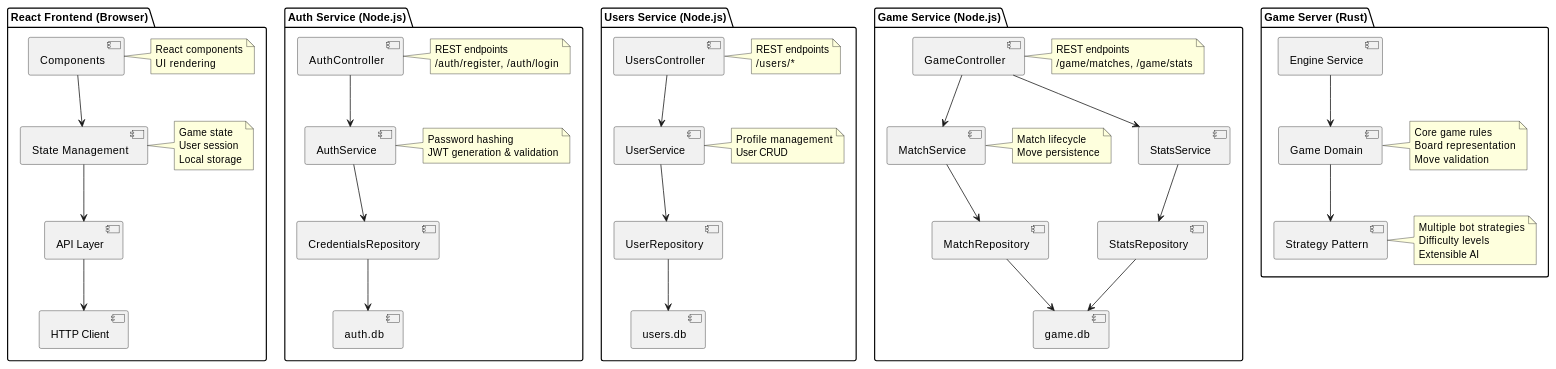
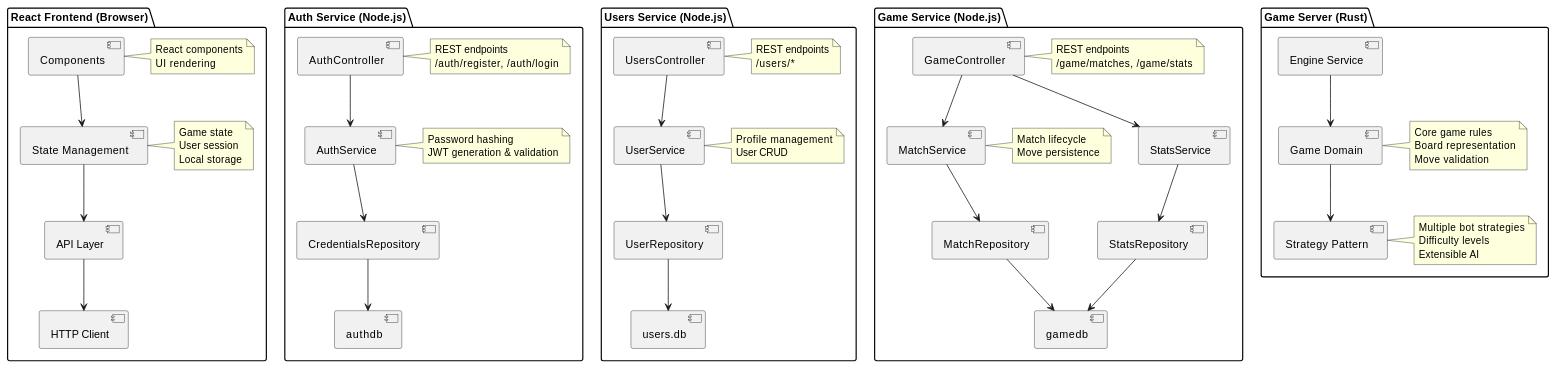
Before and after one commit to Arquisoft/yovi_es1c: the second of 2 diagrams in docs/src/04_solution_strategy.adoc, drawn with PlantUML. The commit also changed other lines of this file and 12 other files, not shown here.

```diff
--- a/docs/src/04_solution_strategy.adoc
+++ b/docs/src/04_solution_strategy.adoc
@@ -181,7 +181,7 @@
 package "Auth Service (Node.js)" {
   [AuthController] --> [AuthService]
   [AuthService] --> [CredentialsRepository]
-  [CredentialsRepository] --> [auth.db]
+  [CredentialsRepository] --> [authdb]
 
   note right of AuthController
     REST endpoints
@@ -215,8 +215,8 @@
   [GameController] --> [StatsService]
   [MatchService] --> [MatchRepository]
   [StatsService] --> [StatsRepository]
-  [MatchRepository] --> [game.db]
-  [StatsRepository] --> [game.db]
+  [MatchRepository] --> [gamedb]
+  [StatsRepository] --> [gamedb]
 
   note right of GameController
     REST endpoints
```
